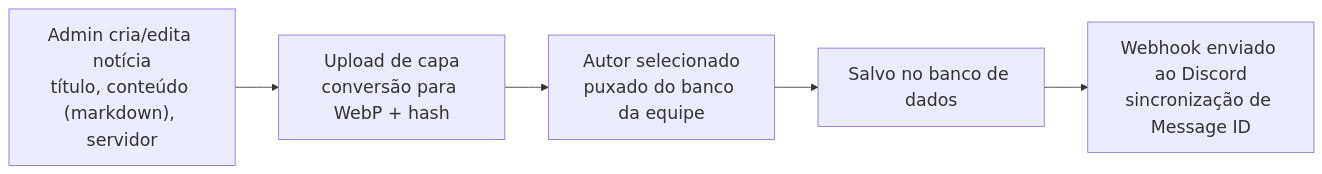
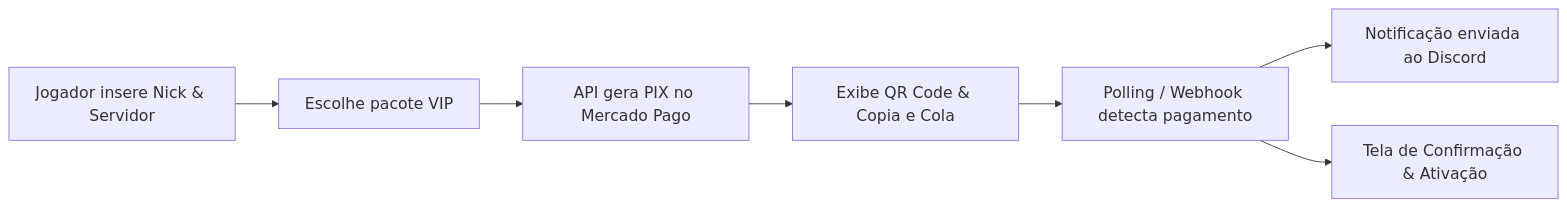
The diagram in README.md (Thiagoalfs/RedeNerds), drawn with Mermaid before and after one commit. The commit also changed other lines of this file, not shown here.

````diff
--- a/README.md
+++ b/README.md
@@ -76,8 +77,10 @@
 ```mermaid
-%%{init: {'themeVariables': {'fontSize': '20px'}}}%%
+%%{init: {'themeVariables': {'fontSize': '18px'}}}%%
 flowchart LR
-    A["Admin cria/edita notícia<br/>título, conteúdo (markdown), servidor"] --> B["Upload de capa<br/>conversão para WebP + hash"]
-    B --> C["Autor selecionado<br/>puxado do banco da equipe"]
-    C --> D["Salvo no banco de dados"]
-    D --> E["Webhook enviado ao Discord<br/>sincronização de Message ID"]
+    A["Jogador insere Nick & Servidor"] --> B["Escolhe pacote VIP"]
+    B --> C["API gera PIX no Mercado Pago"]
+    C --> D["Exibe QR Code & Copia e Cola"]
+    D --> E["Polling / Webhook detecta pagamento"]
+    E --> F["Notificação enviada ao Discord"]
+    E --> G["Tela de Confirmação & Ativação"]
 ```
````
